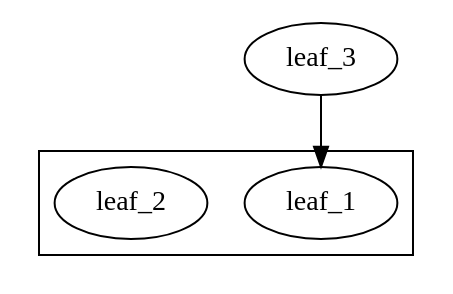
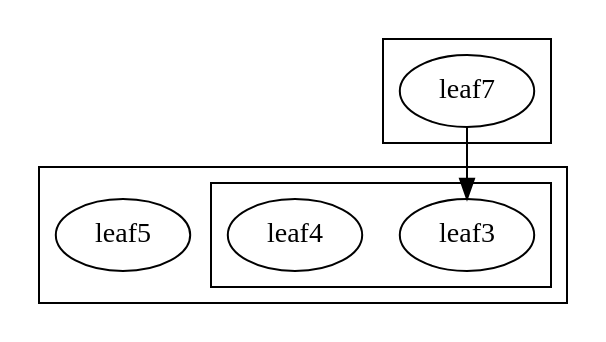
Before and after one commit to stefanrinderle/SoftViz3D: the diagram in x3d/dependency.dot, drawn with Graphviz. The commit also changed 12 other files, not shown here.

```diff
--- a/x3d/dependency.dot
+++ b/x3d/dependency.dot
@@ -1,8 +1,13 @@
 digraph G {
-	subgraph cluster_node_5 {
-		leaf_1;
-		leaf_2;
+	subgraph cluster_node_1 {
+		subgraph cluster_node_2 {
+			leaf3;
+			leaf4;
+		}
+		leaf5;
 	}
-	leaf_3;
-	leaf_3 -> leaf_1;
+	subgraph cluster_node_6 {
+		leaf7;
+	}
+	leaf7 -> leaf3;
 }
```
